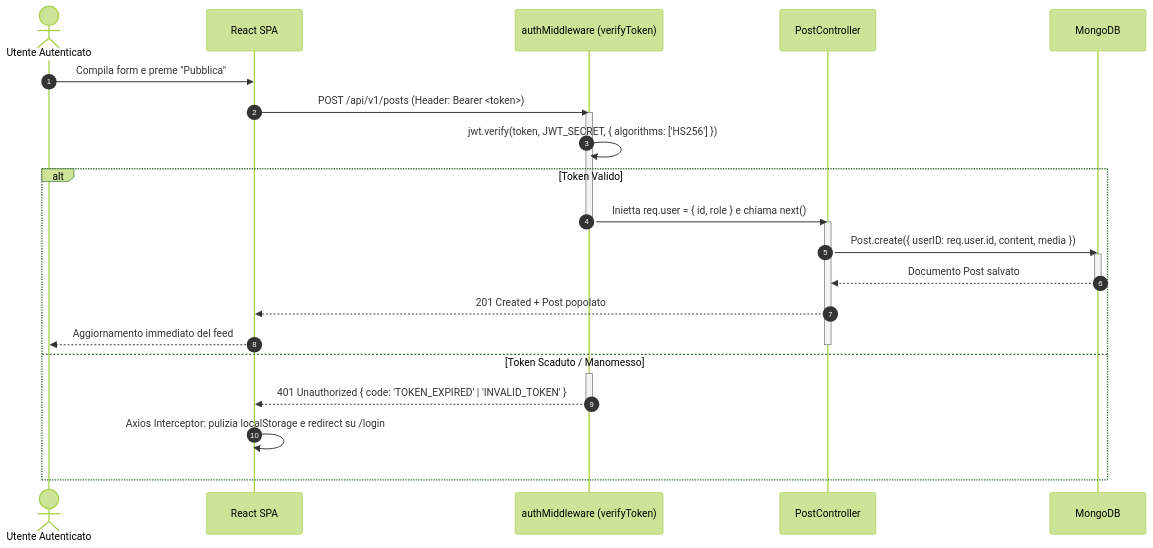
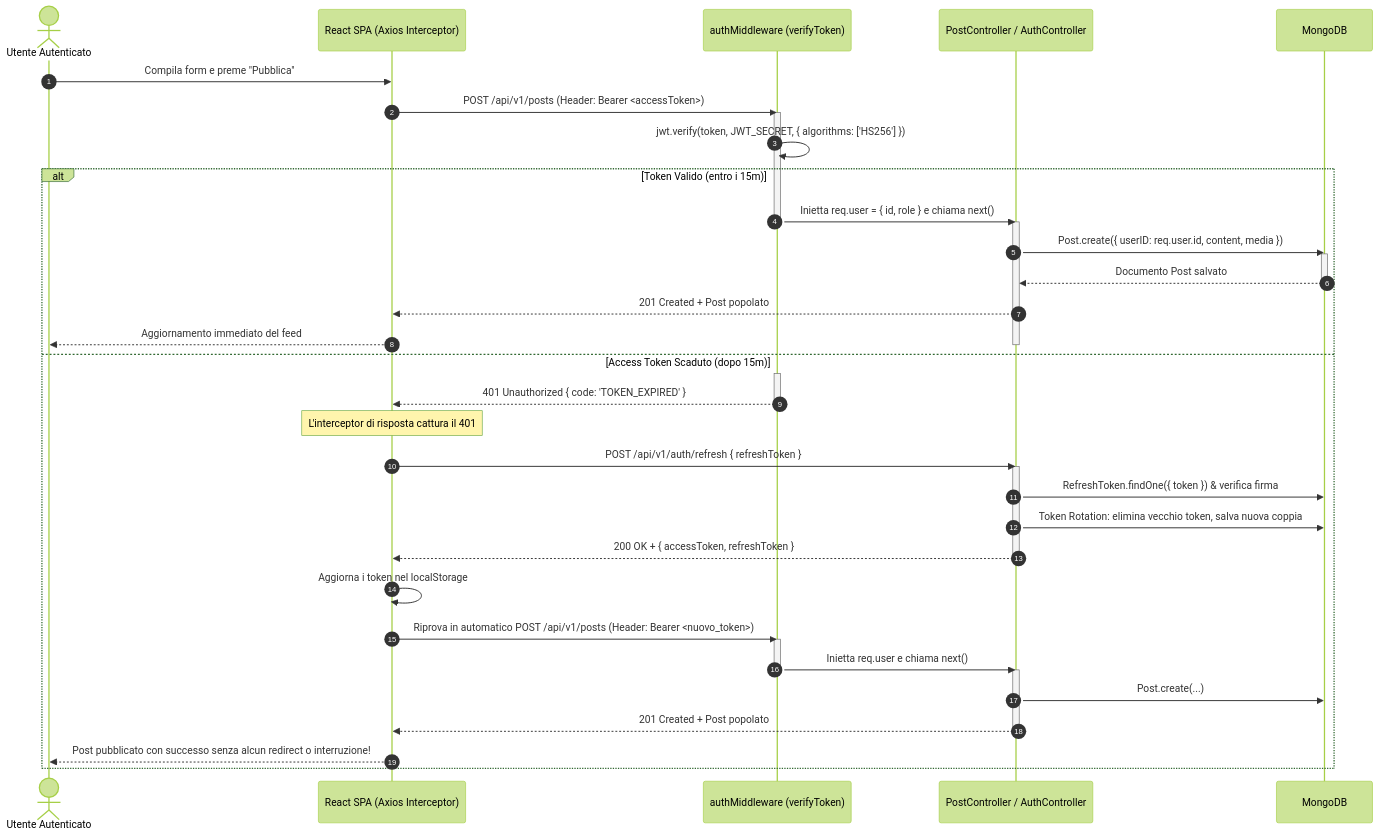
The fourth of 5 diagrams in README.md (LucaValenz/JamPulse), drawn with Mermaid (forest theme) before and after one commit. The commit also changed other lines of this file and 8 other files, not shown here.

First line of the commit message:
Add dual-token auth flow

````diff
--- a/README.md
+++ b/README.md
@@ -312,31 +326,47 @@
 ```mermaid
 sequenceDiagram
     autonumber
     actor Utente as Utente Autenticato
-    participant FE as React SPA
+    participant FE as React SPA (Axios Interceptor)
     participant AuthMW as authMiddleware (verifyToken)
-    participant BE as PostController
+    participant BE as PostController / AuthController
     participant DB as MongoDB
 
     Utente ->> FE: Compila form e preme "Pubblica"
-    FE ->> AuthMW: POST /api/v1/posts (Header: Bearer <token>)
+    FE ->> AuthMW: POST /api/v1/posts (Header: Bearer <accessToken>)
     activate AuthMW
     AuthMW ->> AuthMW: jwt.verify(token, JWT_SECRET, { algorithms: ['HS256'] })
-    alt Token Valido
+    alt Token Valido (entro i 15m)
         AuthMW ->> BE: Inietta req.user = { id, role } e chiama next()
         deactivate AuthMW
         activate BE
         BE ->> DB: Post.create({ userID: req.user.id, content, media })
         activate DB
         DB -->> BE: Documento Post salvato
         deactivate DB
         BE -->> FE: 201 Created + Post popolato
         FE -->> Utente: Aggiornamento immediato del feed
         deactivate BE
-    else Token Scaduto / Manomesso
+    else Access Token Scaduto (dopo 15m)
         activate AuthMW
-        AuthMW -->> FE: 401 Unauthorized { code: 'TOKEN_EXPIRED' | 'INVALID_TOKEN' }
+        AuthMW -->> FE: 401 Unauthorized { code: 'TOKEN_EXPIRED' }
         deactivate AuthMW
-        FE ->> FE: Axios Interceptor: pulizia localStorage e redirect su /login
+        Note over FE: L'interceptor di risposta cattura il 401
+        FE ->> BE: POST /api/v1/auth/refresh { refreshToken }
+        activate BE
+        BE ->> DB: RefreshToken.findOne({ token }) & verifica firma
+        BE ->> DB: Token Rotation: elimina vecchio token, salva nuova coppia
+        BE -->> FE: 200 OK + { accessToken, refreshToken }
+        deactivate BE
+        FE ->> FE: Aggiorna i token nel localStorage
+        FE ->> AuthMW: Riprova in automatico POST /api/v1/posts (Header: Bearer <nuovo_token>)
+        activate AuthMW
+        AuthMW ->> BE: Inietta req.user e chiama next()
+        deactivate AuthMW
+        activate BE
+        BE ->> DB: Post.create(...)
+        BE -->> FE: 201 Created + Post popolato
+        deactivate BE
+        FE -->> Utente: Post pubblicato con successo senza alcun redirect o interruzione!
     end
 ```
````
